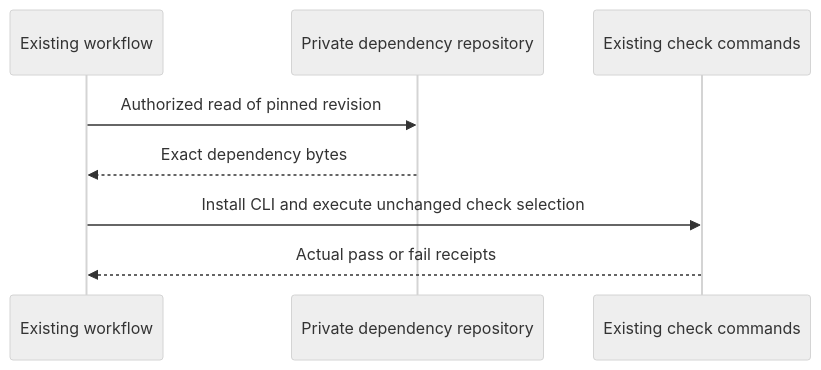
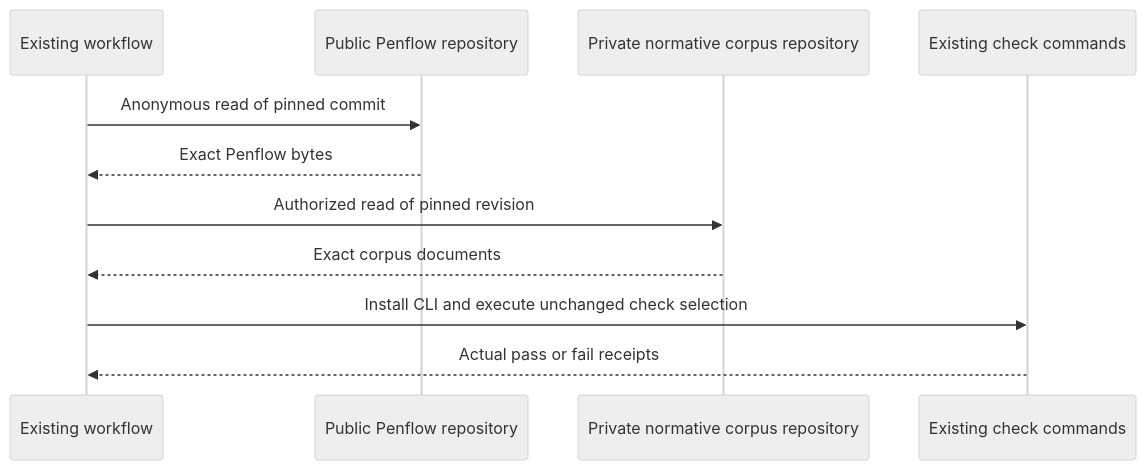
Before and after one commit to julien-m/livespec: the first of 2 diagrams in .specs/features/079-validator-ci-prerequisites/plan.md, drawn with Mermaid (neutral theme). The commit also changed other lines of this file and 10 other files, not shown here.

First line of the commit message:
fix(079): pin public Penflow commit dd356b9 without credential

````diff
--- a/.specs/features/079-validator-ci-prerequisites/plan.md
+++ b/.specs/features/079-validator-ci-prerequisites/plan.md
@@ -42,10 +42,13 @@
 ```mermaid
 sequenceDiagram
  participant W as Existing workflow
- participant P as Private dependency repository
+ participant P as Public Penflow repository
+ participant C as Private normative corpus repository
  participant T as Existing check commands
- W->>P: Authorized read of pinned revision
- P-->>W: Exact dependency bytes
+ W->>P: Anonymous read of pinned commit
+ P-->>W: Exact Penflow bytes
+ W->>C: Authorized read of pinned revision
+ C-->>W: Exact corpus documents
  W->>T: Install CLI and execute unchanged check selection
  T-->>W: Actual pass or fail receipts
 ```
````
